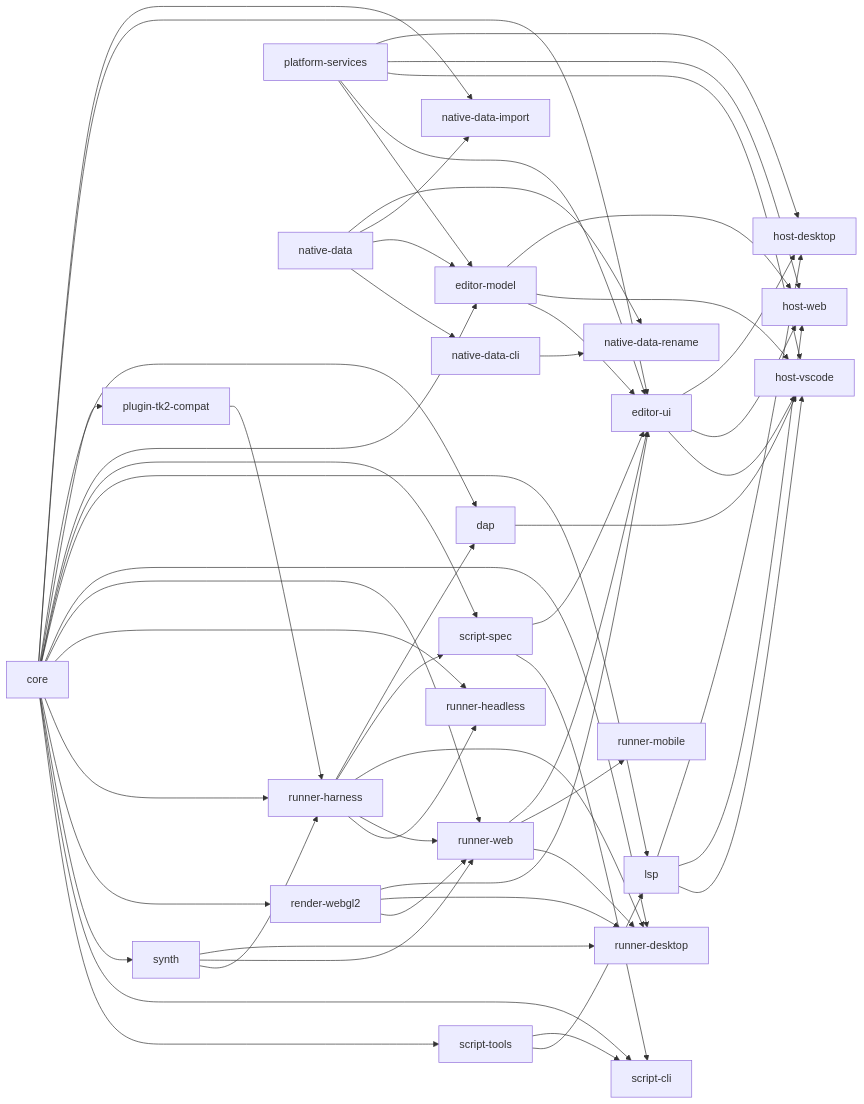
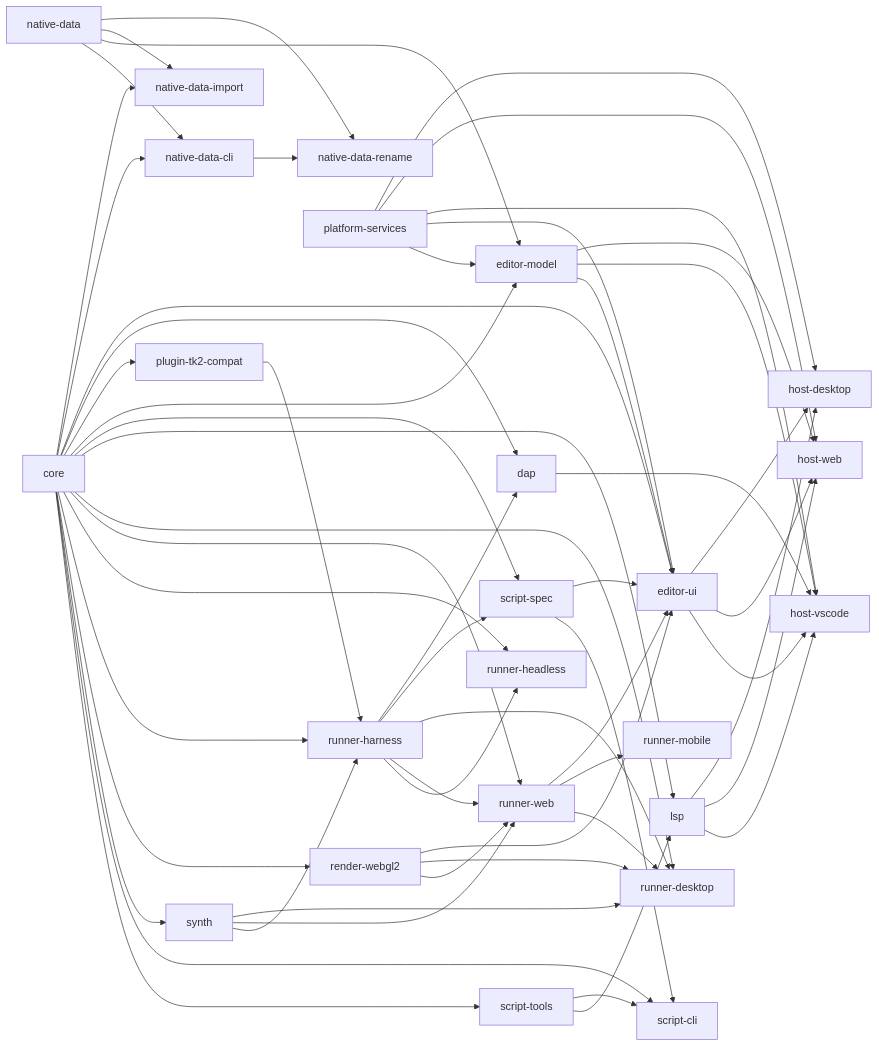
Before and after one commit to tk-reawakened/rpgtoolkit-reawakened: the first of 3 diagrams in _bmad-output/initiative-rpgtoolkit-reawakened/architecture-rpgtoolkit-reawakened/architecture-rpgtoolkit-reawakened.md, drawn with Mermaid. The commit also changed 1 other file, not shown here.

Commit message:
fix: declare native checker core dependency
- Allow the CLI to use the core public image decoder and update the architecture graph.
- Fixes #3206.

````diff
--- a/_bmad-output/initiative-rpgtoolkit-reawakened/architecture-rpgtoolkit-reawakened/architecture-rpgtoolkit-reawakened.md
+++ b/_bmad-output/initiative-rpgtoolkit-reawakened/architecture-rpgtoolkit-reawakened/architecture-rpgtoolkit-reawakened.md
@@ -42,57 +42,58 @@
 ```mermaid
 graph LR
   core --> scripttools[script-tools]
   core --> scriptcli[script-cli]
   core --> synth
   core --> renderwebgl2[render-webgl2]
   core --> runnerharness[runner-harness]
   core --> runnerheadless[runner-headless]
   core --> runnerweb[runner-web]
   core --> runnerdesktop[runner-desktop]
   core --> lsp
   core --> scriptspec[script-spec]
   core --> editormodel[editor-model]
   core --> plugintk2compat[plugin-tk2-compat]
   scripttools --> lsp
   scripttools --> scriptcli
   scriptspec --> scriptcli
   synth --> runnerharness
   synth --> runnerweb
   synth --> runnerdesktop
   renderwebgl2 --> runnerweb
   renderwebgl2 --> runnerdesktop
   renderwebgl2 --> editorui[editor-ui]
   runnerharness --> runnerheadless
   runnerharness --> runnerweb
   runnerharness --> runnerdesktop
   runnerharness --> scriptspec
   core --> dap
   core --> editorui
+  core --> nativedatacli[native-data-cli]
   runnerharness --> dap
   runnerweb --> runnerdesktop
   runnerweb --> runnermobile[runner-mobile]
   runnerweb --> editorui
   lsp --> hostvscode[host-vscode]
   lsp --> hostweb[host-web]
   lsp --> hostdesktop[host-desktop]
   dap --> hostvscode
   scriptspec --> editorui
   editormodel --> editorui
   editormodel --> hostvscode
   editormodel --> hostweb
   editorui --> hostvscode
   editorui --> hostweb
   editorui --> hostdesktop
   platformservices[platform-services] --> editormodel
   platformservices --> editorui
   platformservices --> hostvscode
   platformservices --> hostweb
   platformservices --> hostdesktop
   plugintk2compat --> runnerharness
-  nativedata[native-data] --> nativedatacli[native-data-cli]
+  nativedata[native-data] --> nativedatacli
   nativedata --> editormodel
   core --> nativedataimport[native-data-import]
   nativedata --> nativedataimport
   nativedata --> nativedatarename[native-data-rename]
   nativedatacli --> nativedatarename
 ```
````
